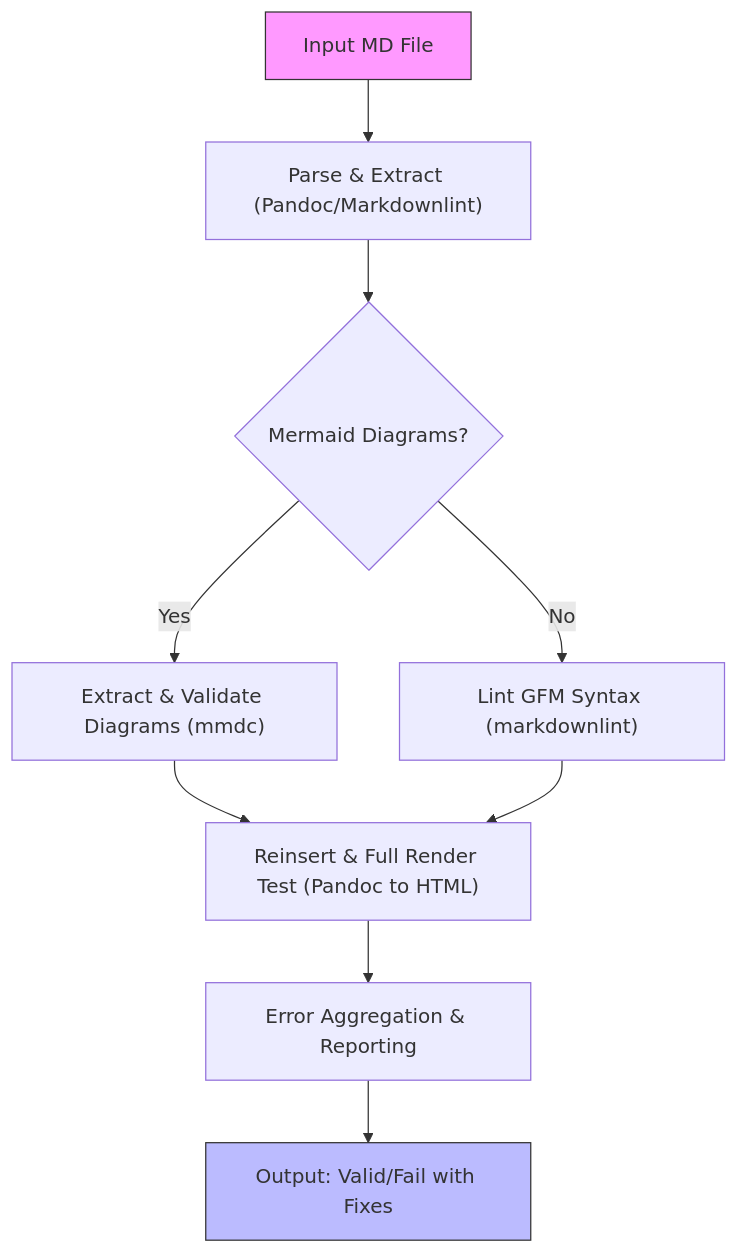
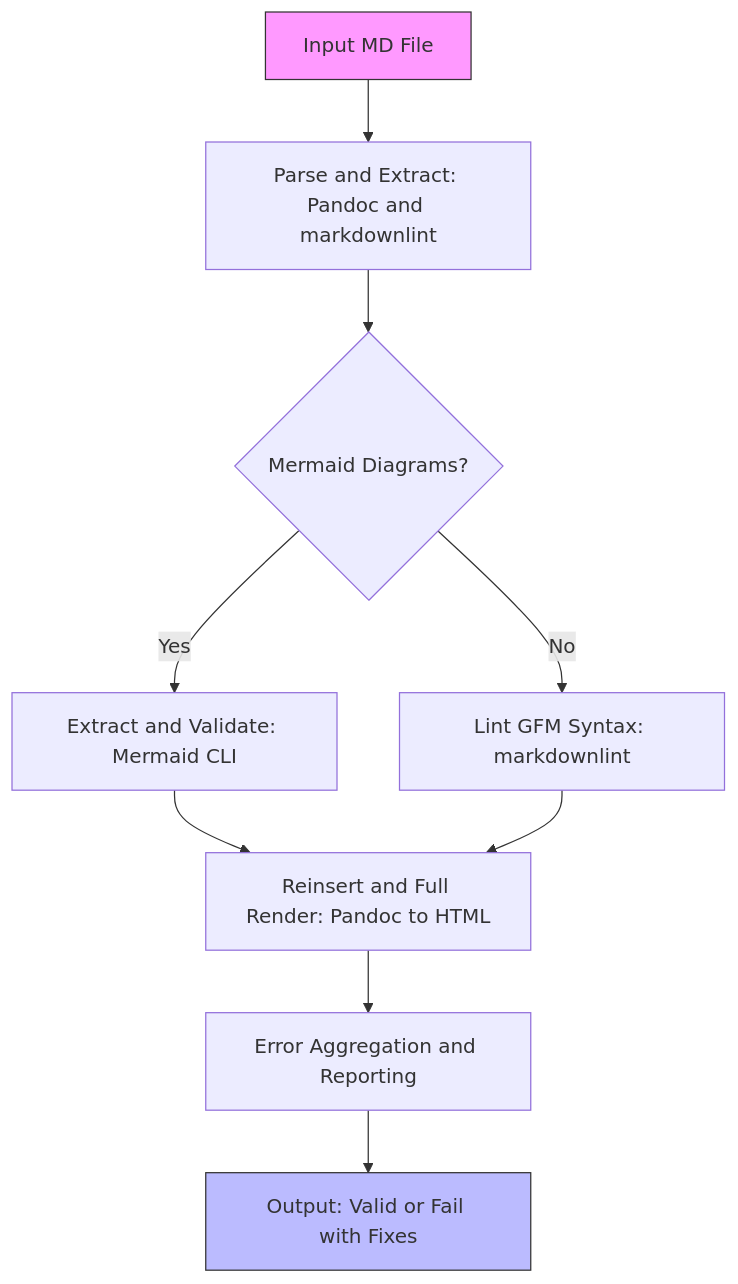
The diagram in doc/validation-design.md (FBakkensen/bc-automated-tests-doc), drawn with Mermaid before and after one commit. The commit also changed 4 other files, not shown here.

````diff
--- a/doc/validation-design.md
+++ b/doc/validation-design.md
@@ -46,13 +46,13 @@
 ```mermaid
 flowchart TD
-    A["Input MD File"] --> B["Parse & Extract (Pandoc/Markdownlint)"]
-    B --> C{Mermaid Diagrams?}
-    C -->|Yes| D["Extract & Validate Diagrams (mmdc)"]
-    C -->|No| E["Lint GFM Syntax (markdownlint)"]
-    D --> F["Reinsert & Full Render Test (Pandoc to HTML)"]
+    A["Input MD File"] --> B["Parse and Extract: Pandoc and markdownlint"]
+    B --> C{"Mermaid Diagrams?"}
+    C -->|Yes| D["Extract and Validate: Mermaid CLI"]
+    C -->|No| E["Lint GFM Syntax: markdownlint"]
+    D --> F["Reinsert and Full Render: Pandoc to HTML"]
     E --> F
-    F --> G["Error Aggregation & Reporting"]
-    G --> H["Output: Valid/Fail with Fixes"]
+    F --> G["Error Aggregation and Reporting"]
+    G --> H["Output: Valid or Fail with Fixes"]
     style A fill:#f9f,stroke:#333
     style H fill:#bbf,stroke:#333
 ```
````
